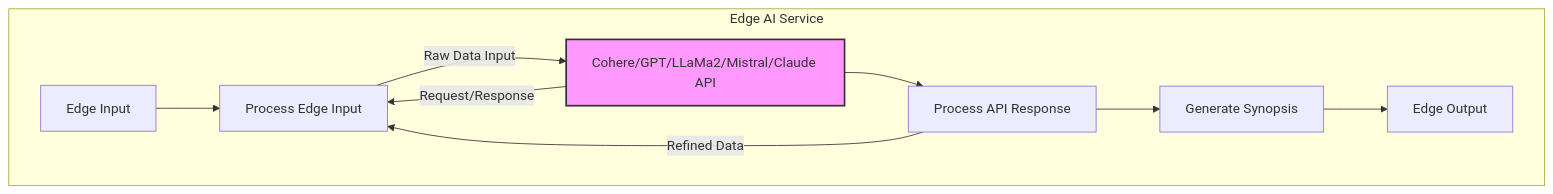
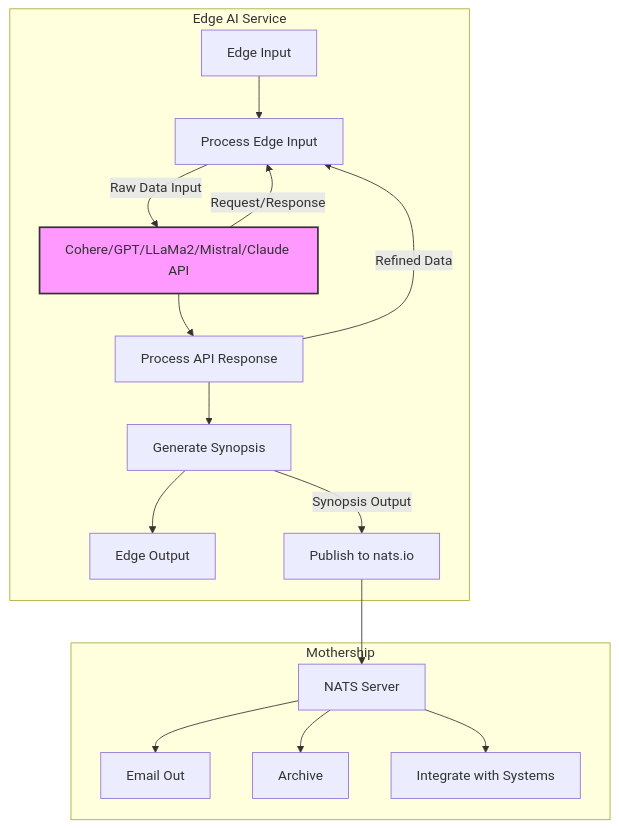
Before and after one commit to tobalo/cohere-edge-ai: the diagram in README.md, drawn with Mermaid.

Commit message:
docs: modify mermaid diagram

````diff
--- a/README.md
+++ b/README.md
@@ -6,18 +6,27 @@
 ```mermaid
 graph TD
     subgraph Edge AI Service
     EdgeInput[Edge Input] --> PromptInputModule[Process Edge Input]
     PromptInputModule -->|Raw Data Input| MultiModalAPI
     MultiModalAPI[Cohere/GPT/LLaMa2/Mistral/Claude API] --> ResponseProcessingModule[Process API Response]
     ResponseProcessingModule --> OutputModule[Generate Synopsis]
     OutputModule --> EdgeOutput[Edge Output]
+    OutputModule -->|Synopsis Output| PublishToNats[Publish to nats.io]
     
     %% Back and forth data flow for feedback or iterative refinement
     MultiModalAPI -->|Request/Response| PromptInputModule
     ResponseProcessingModule -->|Refined Data| PromptInputModule
     end
 
+   subgraph Mothership
+    PublishToNats --> HybridCloud[NATS Server]
+    HybridCloud --> EmailService[Email Out]
+    HybridCloud --> ArchiveService[Archive]
+    HybridCloud --> IntegrationService[Integrate with Systems]
+    end
     %% Additional description for Multi-Modal API interaction
     class MultiModalAPI multiModalAPIStyle;
     classDef multiModalAPIStyle fill:#f9f,stroke:#333,stroke-width:2px;
+
+  
 ```
````
